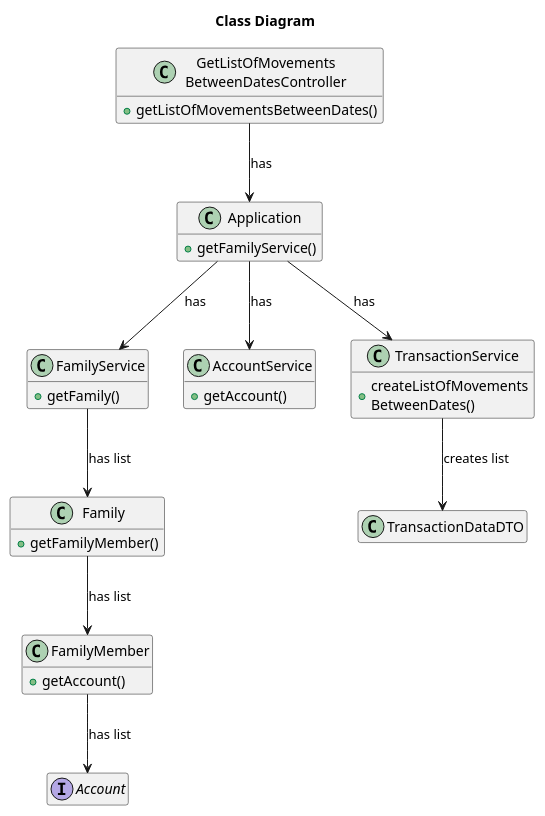
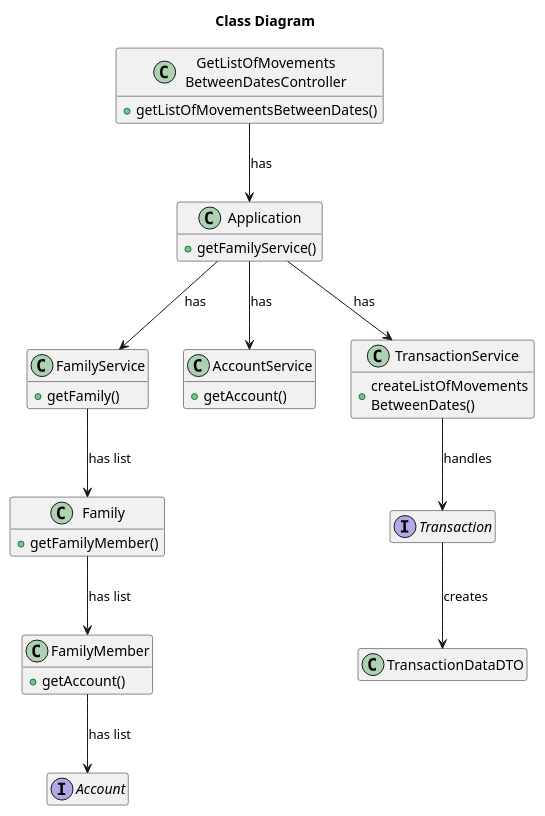
Before and after one commit to tomas-osswald/switch_2020_g3: the fourth of 4 diagrams in docs/sprint2/user_stories/US186_GetListOfMovementsBetweenDates.md, drawn with PlantUML. The commit also changed other lines of this file, not shown here.

Commit message:
Update in sequence diagrams of US186 to match changes in implementation.

````diff
--- a/docs/sprint2/user_stories/US186_GetListOfMovementsBetweenDates.md
+++ b/docs/sprint2/user_stories/US186_GetListOfMovementsBetweenDates.md
@@ -199,50 +204,54 @@
 ```puml
 
 title Class Diagram
 hide empty members
 
 class GetListOfMovements\nBetweenDatesController {
 + getListOfMovementsBetweenDates()
 }
 
 
 class Application {
 + getFamilyService()
 }
 
 class FamilyService {
 + getFamily()
 }
 
 class Family {
 + getFamilyMember()
 }
 
 class FamilyMember {
 + getAccount()
 }
 
 class AccountService {
 + getAccount()
 }
 
 class TransactionService {
 + createListOfMovements\nBetweenDates()
 }
 
+interface Transaction {
+}
+
 class TransactionDataDTO {
 }
 
 interface Account {}
 
 GetListOfMovements\nBetweenDatesController --> Application : has
 Application --> FamilyService : has
 Application --> AccountService : has
 Application --> TransactionService : has
 FamilyService --> Family : has list
 Family --> FamilyMember : has list
 FamilyMember --> Account : has list
-TransactionService --> TransactionDataDTO : creates list
+TransactionService --> Transaction : handles
+Transaction --> TransactionDataDTO : creates
 
 
 ```
````
